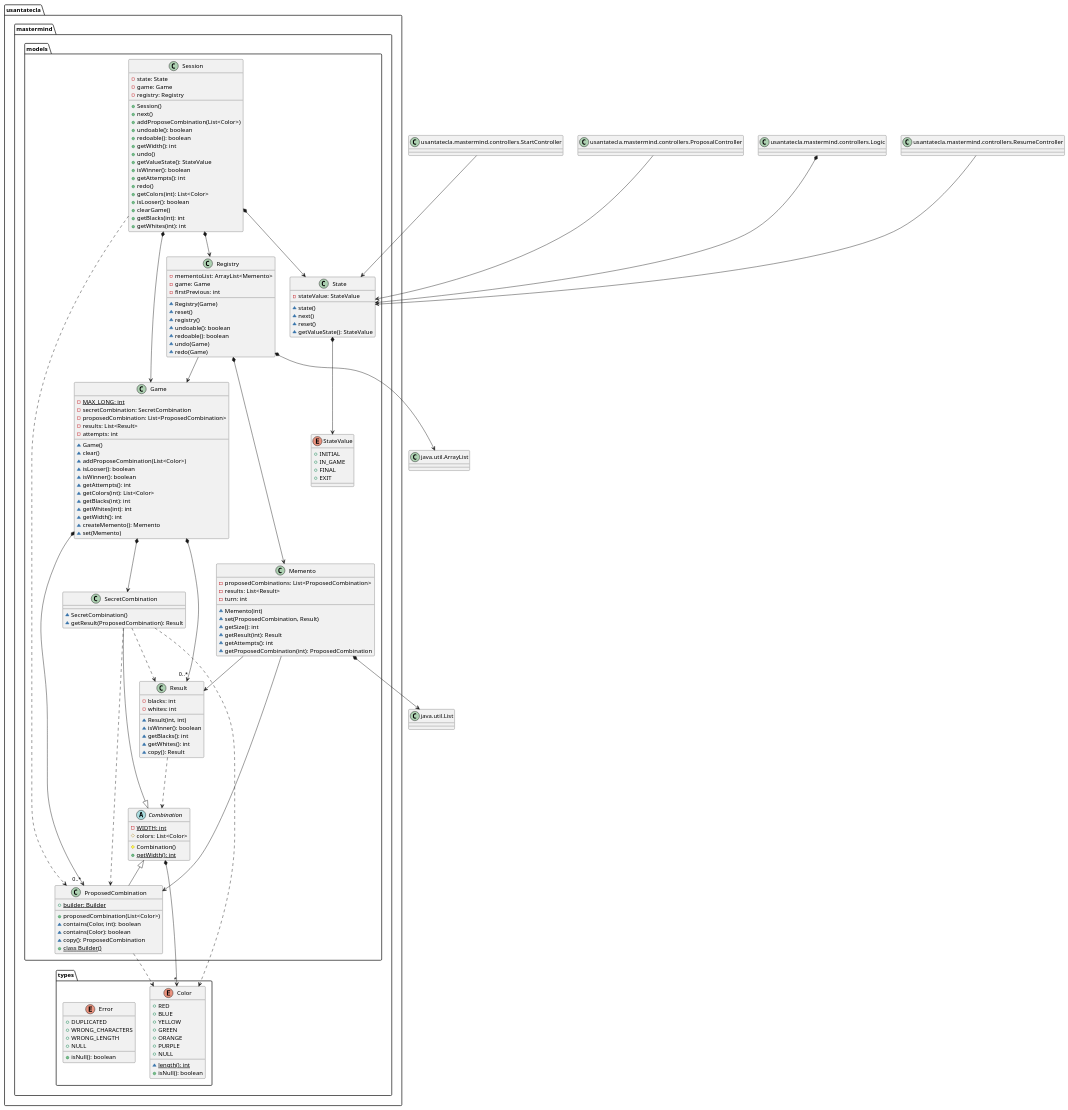
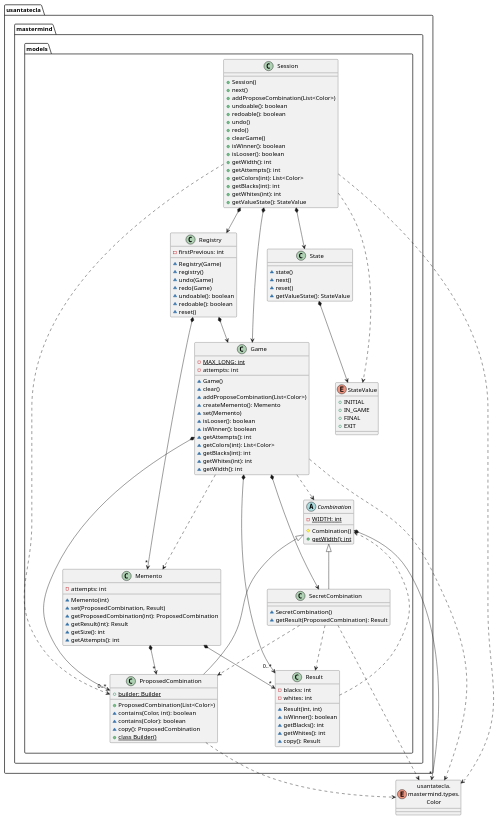
The fourth of 6 diagrams in modelViewPresenter/presentationModel/withComposite/docs/diagrams/src/paquetes.plantuml (SantaTecla-mastermind/solution.java.swing.socket.sql), drawn with PlantUML before and after one commit. The commit also changed other lines of this file and 30 other files, not shown here.

Commit message:
[mvp.pm.withComposite] Fixed some code + fixed all diagrams + README

```diff
--- a/modelViewPresenter/presentationModel/withComposite/docs/diagrams/src/paquetes.plantuml
+++ b/modelViewPresenter/presentationModel/withComposite/docs/diagrams/src/paquetes.plantuml
@@ -333,189 +308,129 @@
 @startuml usantatecla.mastermind.models
-class List as "java.util.List" {
-
-
-}
-class ArrayList as "java.util.ArrayList" {
-
-
-}
-class Logic as "usantatecla.mastermind.controllers.Logic" {
-
-
-}
-
-class ResumeController as "usantatecla.mastermind.controllers.ResumeController" {
-
-
-}
-
-class StartController as "usantatecla.mastermind.controllers.StartController" {
-
-
-}
-
-class ProposalController as "usantatecla.mastermind.controllers.ProposalController" {
-
-
-}
+enum Color as "usantatecla.\nmastermind.types.\nColor"
 
 class usantatecla.mastermind.models.State {
-    - stateValue: StateValue
     ~ state()
     ~ next()
     ~ reset()
     ~ getValueState(): StateValue
 }
+usantatecla.mastermind.models.State *-down-> usantatecla.mastermind.models.StateValue
 
 enum usantatecla.mastermind.models.StateValue {
     + INITIAL
     + IN_GAME
     + FINAL
     + EXIT
-} 
+}
 
 abstract class usantatecla.mastermind.models.Combination {
-- {static} WIDTH: int
-# colors: List<Color>
-# Combination()
-+ {static} getWidth(): int
+    - {static} WIDTH: int
+    # Combination()
+    + {static} getWidth(): int
 }
-usantatecla.mastermind.models.Combination *-down-> "*" usantatecla.mastermind.types.Color
-usantatecla.mastermind.models.State *-down-> usantatecla.mastermind.models.StateValue
-Logic *-down-> usantatecla.mastermind.models.State
-ProposalController -down-> usantatecla.mastermind.models.State
-ResumeController -down-> usantatecla.mastermind.models.State
-StartController -down-> usantatecla.mastermind.models.State
+usantatecla.mastermind.models.Combination *-down-> "*" Color
 
 class usantatecla.mastermind.models.Game {
-- {static} MAX_LONG: int
-- secretCombination: SecretCombination
-- proposedCombination: List<ProposedCombination>
-- results: List<Result>
-- attempts: int
-~ Game()
-~ clear()
-~ addProposeCombination(List<Color>)
-~ isLooser(): boolean
-~ isWinner(): boolean
-~ getAttempts(): int
-~ getColors(int): List<Color>
-~ getBlacks(int): int
-~ getWhites(int): int
-~ getWidth(): int
-~ createMemento(): Memento
-~ set(Memento)
+    - {static} MAX_LONG: int
+    - attempts: int
+    ~ Game()
+    ~ clear()
+    ~ addProposeCombination(List<Color>)
+    ~ createMemento(): Memento
+    ~ set(Memento)
+    ~ isLooser(): boolean
+    ~ isWinner(): boolean
+    ~ getAttempts(): int
+    ~ getColors(int): List<Color>
+    ~ getBlacks(int): int
+    ~ getWhites(int): int
+    ~ getWidth(): int
 }
 usantatecla.mastermind.models.Game *-down-> usantatecla.mastermind.models.SecretCombination
 usantatecla.mastermind.models.Game *-down-> "0..*" usantatecla.mastermind.models.Result
 usantatecla.mastermind.models.Game *-down-> "0..*" usantatecla.mastermind.models.ProposedCombination
+usantatecla.mastermind.models.Game .down.> usantatecla.mastermind.models.Memento
+usantatecla.mastermind.models.Game .down.> usantatecla.mastermind.models.Combination
+usantatecla.mastermind.models.Game .down.> Color
 
 class usantatecla.mastermind.models.ProposedCombination {
-+ proposedCombination(List<Color>)
-~ contains(Color, int): boolean
-~ contains(Color): boolean
-~ copy(): ProposedCombination
-+ {static} builder: Builder
-+ {static} class Builder()
+    + ProposedCombination(List<Color>)
+    ~ contains(Color, int): boolean
+    ~ contains(Color): boolean
+    ~ copy(): ProposedCombination
+    + {static} builder: Builder
+    + {static} class Builder()
 }
 usantatecla.mastermind.models.Combination <|-down- usantatecla.mastermind.models.ProposedCombination
-usantatecla.mastermind.models.ProposedCombination ..> usantatecla.mastermind.types.Color
+usantatecla.mastermind.models.ProposedCombination .down.> Color
 
 class usantatecla.mastermind.models.SecretCombination {
-~ SecretCombination()
-~ getResult(ProposedCombination): Result
+    ~ SecretCombination()
+    ~ getResult(ProposedCombination): Result
 }
 usantatecla.mastermind.models.Combination <|-down- usantatecla.mastermind.models.SecretCombination
-usantatecla.mastermind.models.SecretCombination ..> usantatecla.mastermind.models.Result
-usantatecla.mastermind.models.SecretCombination ..> usantatecla.mastermind.models.ProposedCombination
-usantatecla.mastermind.models.SecretCombination ..> usantatecla.mastermind.types.Color
+usantatecla.mastermind.models.SecretCombination .down.> usantatecla.mastermind.models.Result
+usantatecla.mastermind.models.SecretCombination .down.> usantatecla.mastermind.models.ProposedCombination
+usantatecla.mastermind.models.SecretCombination .down.> Color
 
 class usantatecla.mastermind.models.Result {
-- blacks: int
-- whites: int
-~ Result(int, int)
-~ isWinner(): boolean
-~ getBlacks(): int
-~ getWhites(): int
-~ copy(): Result
+    - blacks: int
+    - whites: int
+    ~ Result(int, int)
+    ~ isWinner(): boolean
+    ~ getBlacks(): int
+    ~ getWhites(): int
+    ~ copy(): Result
 }
-
-usantatecla.mastermind.models.Result -down..> usantatecla.mastermind.models.Combination
-
-enum usantatecla.mastermind.types.Color {
-+ RED
-+ BLUE
-+ YELLOW
-+ GREEN
-+ ORANGE
-+ PURPLE
-+ NULL
-~ {static} length(): int
-+ isNull(): boolean
-}
-
-enum usantatecla.mastermind.types.Error {
-+ DUPLICATED
-+ WRONG_CHARACTERS
-+ WRONG_LENGTH
-+ NULL
-+ isNull(): boolean
-}
+usantatecla.mastermind.models.Result .down.> usantatecla.mastermind.models.Combination
 
 class  usantatecla.mastermind.models.Memento{
-- proposedCombinations: List<ProposedCombination>
-- results: List<Result>
-- turn: int
-~ Memento(int)
-~ set(ProposedCombination, Result)
-~ getSize(): int
-~ getResult(int): Result
-~ getAttempts(): int
-~ getProposedCombination(int): ProposedCombination
+    - attempts: int
+    ~ Memento(int)
+    ~ set(ProposedCombination, Result)
+    ~ getProposedCombination(int): ProposedCombination
+    ~ getResult(int): Result
+    ~ getSize(): int
+    ~ getAttempts(): int
 }
-usantatecla.mastermind.models.Memento *-down-> List
-usantatecla.mastermind.models.Memento --> usantatecla.mastermind.models.Result
-usantatecla.mastermind.models.Memento --> usantatecla.mastermind.models.ProposedCombination
+usantatecla.mastermind.models.Memento *-down-> "*"usantatecla.mastermind.models.Result
+usantatecla.mastermind.models.Memento *-down-> "*"usantatecla.mastermind.models.ProposedCombination
 
 class  usantatecla.mastermind.models.Registry{
-- mementoList: ArrayList<Memento>
-- game: Game
-- firstPrevious: int
-~ Registry(Game)
-~ reset()
-~ registry()
-~ undoable(): boolean
-~ redoable(): boolean
-~ undo(Game)
-~ redo(Game)
+    - firstPrevious: int
+    ~ Registry(Game)
+    ~ registry()
+    ~ undo(Game)
+    ~ redo(Game)
+    ~ undoable(): boolean
+    ~ redoable(): boolean
+    ~ reset()
 }
-usantatecla.mastermind.models.Registry *-down-> usantatecla.mastermind.models.Memento
-usantatecla.mastermind.models.Registry *-down-> ArrayList
-usantatecla.mastermind.models.Registry --> usantatecla.mastermind.models.Game
+usantatecla.mastermind.models.Registry *-down-> "*"usantatecla.mastermind.models.Memento
+usantatecla.mastermind.models.Registry *-down-> usantatecla.mastermind.models.Game
 
 class  usantatecla.mastermind.models.Session{
-- state: State
-- game: Game
-- registry: Registry
-+ Session()
-+ next()
-+ addProposeCombination(List<Color>)
-+ undoable(): boolean
-+ redoable(): boolean
-+ getWidth(): int
-+ undo()
-+ getValueState(): StateValue
-+ isWinner(): boolean
-+ getAttempts(): int
-+ redo()
-+ getColors(int): List<Color>
-+ isLooser(): boolean
-+ clearGame()
-+ getBlacks(int): int
-+ getWhites(int): int
+    + Session()
+    + next()
+    + addProposeCombination(List<Color>)
+    + undoable(): boolean
+    + redoable(): boolean
+    + undo()
+    + redo()
+    + clearGame()
+    + isWinner(): boolean
+    + isLooser(): boolean
+    + getWidth(): int
+    + getAttempts(): int
+    + getColors(int): List<Color>
+    + getBlacks(int): int
+    + getWhites(int): int
+    + getValueState(): StateValue
 }
-usantatecla.mastermind.models.Session *-down-> usantatecla.mastermind.models.Registry
 usantatecla.mastermind.models.Session *-down-> usantatecla.mastermind.models.State
 usantatecla.mastermind.models.Session *-down-> usantatecla.mastermind.models.Game
-usantatecla.mastermind.models.Session ..> usantatecla.mastermind.models.ProposedCombination
+usantatecla.mastermind.models.Session *-down-> usantatecla.mastermind.models.Registry
+usantatecla.mastermind.models.Session .down.> usantatecla.mastermind.models.ProposedCombination
+usantatecla.mastermind.models.Session .down.> usantatecla.mastermind.models.StateValue
+usantatecla.mastermind.models.Session .down.> Color
 @enduml
```
